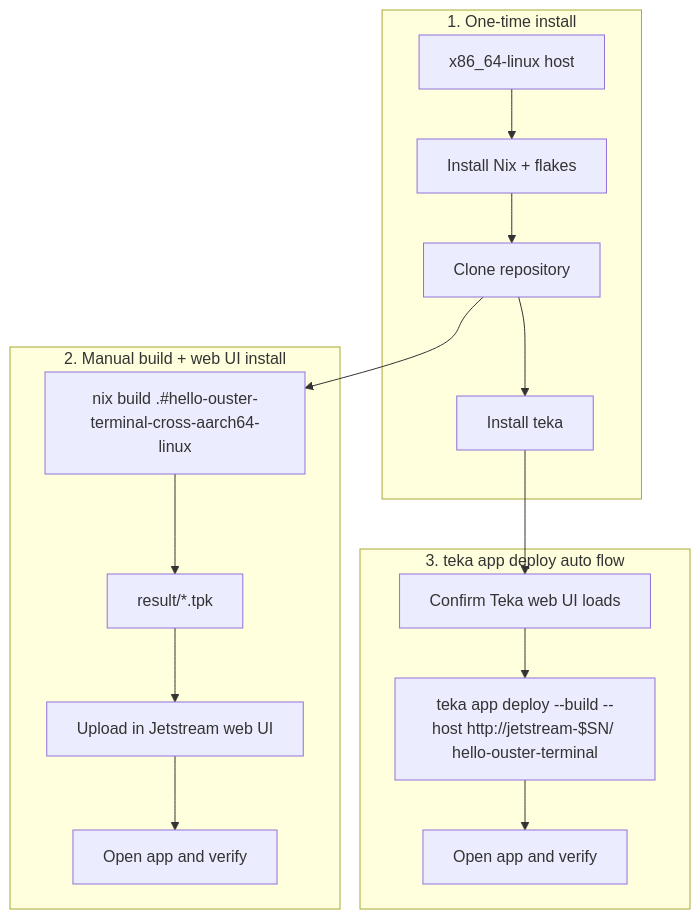
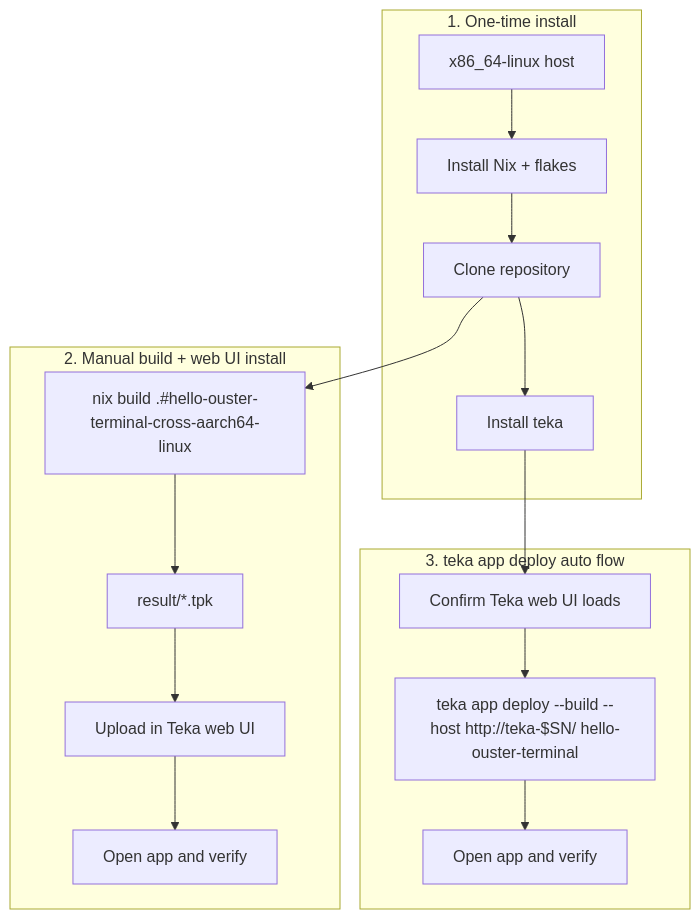
One commit to ouster-lidar/teka-sdk changed the diagram in docs/developer-guide.md. Above: the diagram before and after it, drawn with Mermaid. The commit also changed other lines of this file and 44 other files, not shown here.

````diff
--- a/docs/developer-guide.md
+++ b/docs/developer-guide.md
@@ -7,28 +7,28 @@
 ```mermaid
 flowchart TD
     subgraph setup [1. One-time install]
         A[x86_64-linux host]
         B[Install Nix + flakes]
         C[Clone repository]
         K[Install teka]
         A --> B --> C --> K
     end
 
     subgraph manual [2. Manual build + web UI install]
         D[nix build .#hello-ouster-terminal-cross-aarch64-linux]
         E[result/*.tpk]
-        F[Upload in Jetstream web UI]
+        F[Upload in Teka web UI]
         G[Open app and verify]
         D --> E --> F --> G
     end
 
     subgraph auto [3. teka app deploy auto flow]
         H[Confirm Teka web UI loads]
-        I[teka app deploy --build --host http://jetstream-$SN/ hello-ouster-terminal]
+        I[teka app deploy --build --host http://teka-$SN/ hello-ouster-terminal]
         J[Open app and verify]
         H --> I --> J
     end
 
     C --> D
     K --> H
 ```
````
